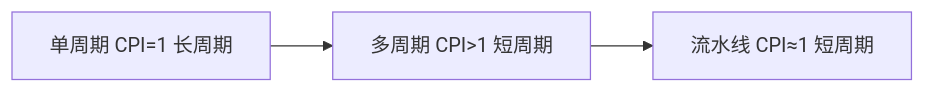
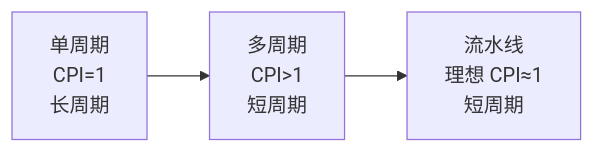
One commit to SummerS-tars/jizu-course-guides changed the seventh of 7 diagrams in guides/计组-Week4-6-学习指南.md. Above: the diagram before and after it, drawn with Mermaid. The commit also changed other lines of this file, not shown here.

````diff
--- a/guides/计组-Week4-6-学习指南.md
+++ b/guides/计组-Week4-6-学习指南.md
@@ -245,5 +464,5 @@
 ```mermaid
 flowchart LR
-    SC[单周期 CPI=1 长周期] --> MC[多周期 CPI>1 短周期]
-    MC --> PL[流水线 CPI≈1 短周期]
+    SC["单周期<br/>CPI=1<br/>长周期"] --> MC["多周期<br/>CPI>1<br/>短周期"]
+    MC --> PL["流水线<br/>理想 CPI≈1<br/>短周期"]
 ```
````
